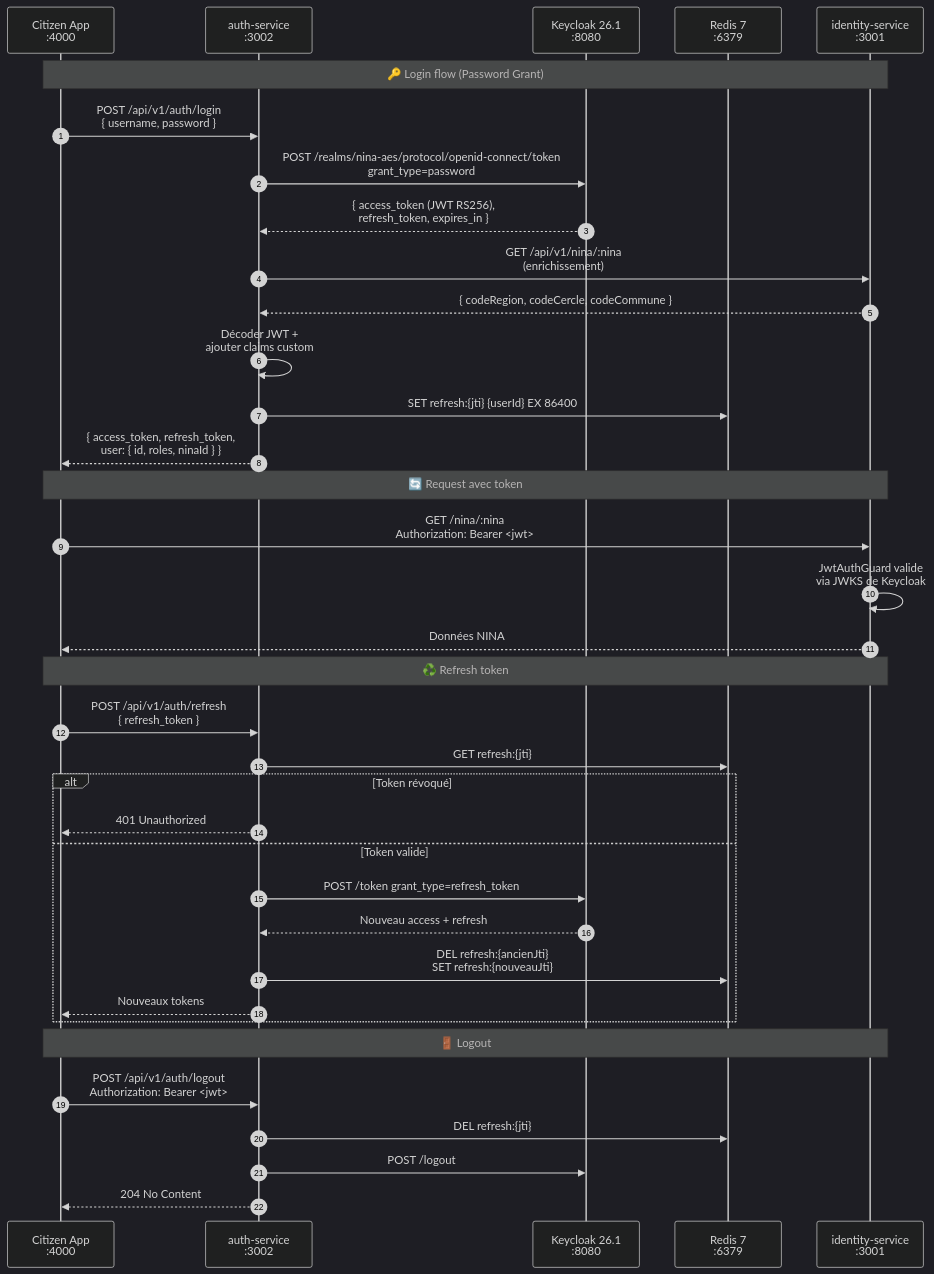
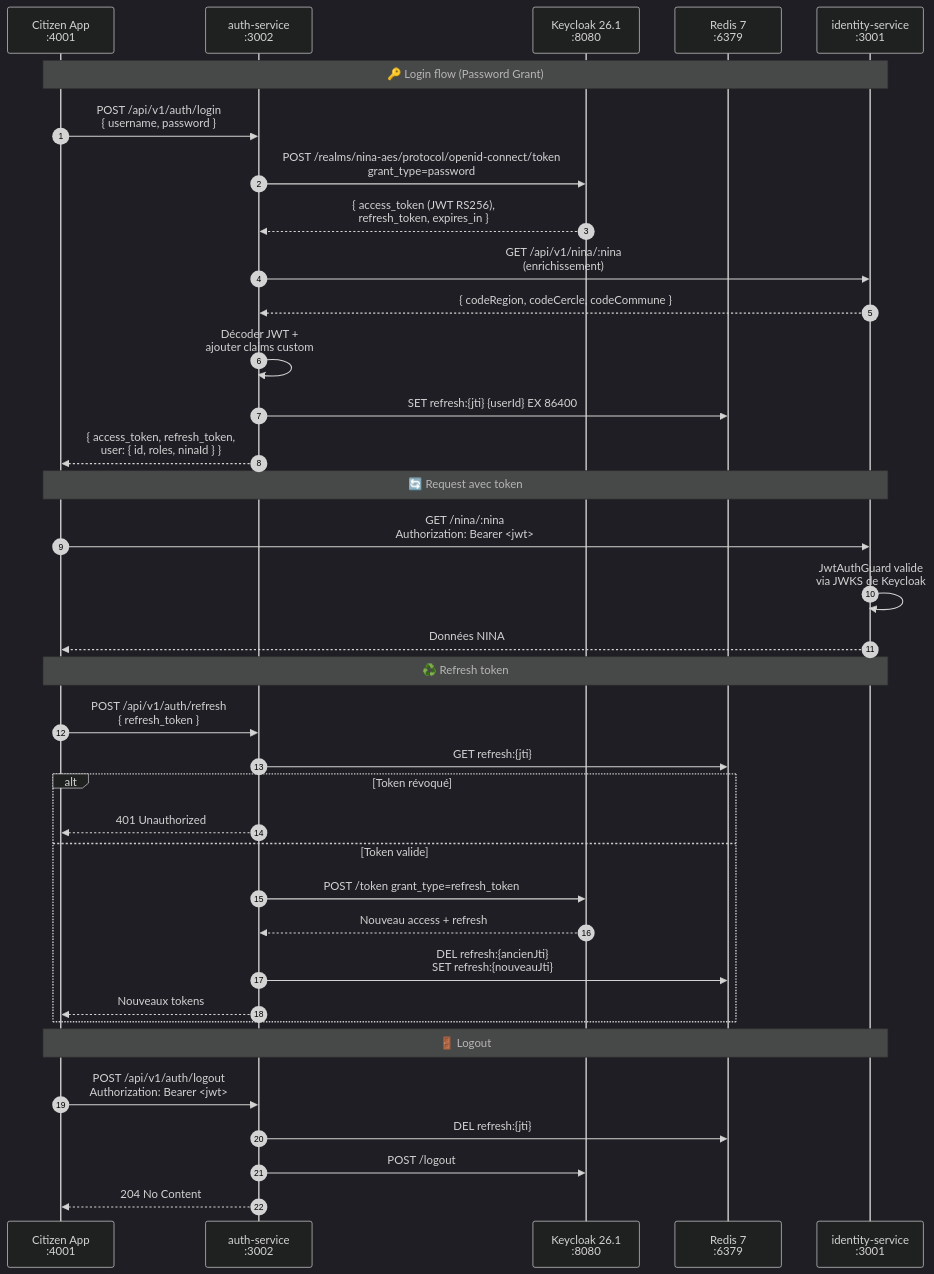
Before and after one commit to TheManInPink/Session-Ete-2026: the diagram in docs/08-BACKEND-AUTH-SERVICE.md, drawn with Mermaid (dark theme). The commit also changed other lines of this file and 5 other files, not shown here.

````diff
--- a/docs/08-BACKEND-AUTH-SERVICE.md
+++ b/docs/08-BACKEND-AUTH-SERVICE.md
@@ -134,46 +134,46 @@
 ```mermaid
 sequenceDiagram
     autonumber
-    participant C as Citizen App<br/>:4000
+    participant C as Citizen App<br/>:4001
     participant A as auth-service<br/>:3002
     participant K as Keycloak 26.1<br/>:8080
     participant R as Redis 7<br/>:6379
     participant I as identity-service<br/>:3001
 
     Note over C,I: 🔑 Login flow (Password Grant)
 
     C->>A: POST /api/v1/auth/login<br/>{ username, password }
     A->>K: POST /realms/nina-aes/protocol/openid-connect/token<br/>grant_type=password
     K-->>A: { access_token (JWT RS256),<br/>refresh_token, expires_in }
     A->>I: GET /api/v1/nina/:nina<br/>(enrichissement)
     I-->>A: { codeRegion, codeCercle, codeCommune }
     A->>A: Décoder JWT +<br/>ajouter claims custom
     A->>R: SET refresh:{jti} {userId} EX 86400
     A-->>C: { access_token, refresh_token,<br/>user: { id, roles, ninaId } }
 
     Note over C,I: 🔄 Request avec token
 
     C->>I: GET /nina/:nina<br/>Authorization: Bearer <jwt>
     I->>I: JwtAuthGuard valide<br/>via JWKS de Keycloak
     I-->>C: Données NINA
 
     Note over C,I: ♻️ Refresh token
 
     C->>A: POST /api/v1/auth/refresh<br/>{ refresh_token }
     A->>R: GET refresh:{jti}
     alt Token révoqué
       A-->>C: 401 Unauthorized
     else Token valide
       A->>K: POST /token grant_type=refresh_token
       K-->>A: Nouveau access + refresh
       A->>R: DEL refresh:{ancienJti}<br/>SET refresh:{nouveauJti}
       A-->>C: Nouveaux tokens
     end
 
     Note over C,I: 🚪 Logout
 
     C->>A: POST /api/v1/auth/logout<br/>Authorization: Bearer <jwt>
     A->>R: DEL refresh:{jti}
     A->>K: POST /logout
     A-->>C: 204 No Content
 ```
````
